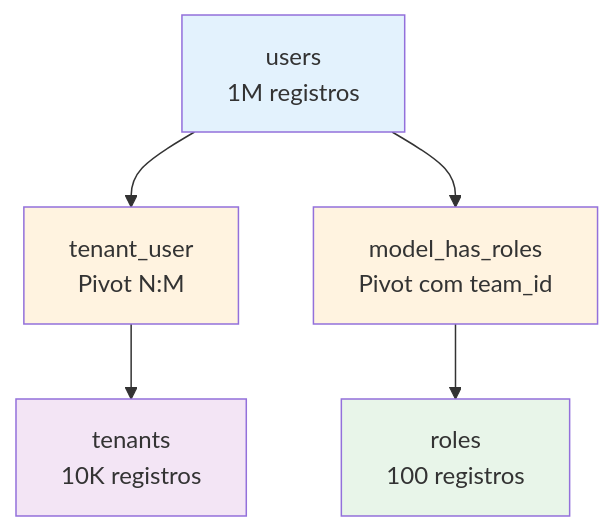
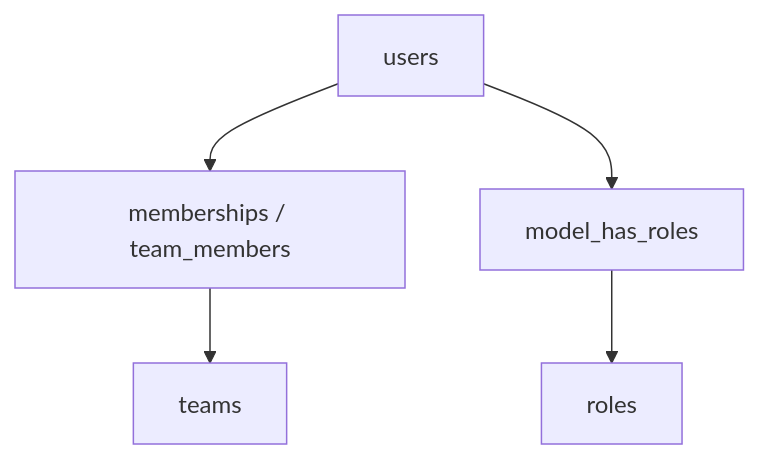
One commit to iurygdeoliveira/labSIS-KIT changed the first of 2 diagrams in docs/04-backend-e-arquitetura/user-model.md. Above: the diagram before and after it, drawn with Mermaid. The commit also changed other lines of this file and 111 other files, not shown here.

````diff
--- a/docs/04-backend-e-arquitetura/user-model.md
+++ b/docs/04-backend-e-arquitetura/user-model.md
@@ -87,13 +86,7 @@
 ```mermaid
 graph TD
-    A[users<br/>1M registros] --> B[tenant_user<br/>Pivot N:M]
-    A --> C[model_has_roles<br/>Pivot com team_id]
-    B --> D[tenants<br/>10K registros]
-    C --> E[roles<br/>100 registros]
-    
-    style A fill:#e3f2fd
-    style B fill:#fff3e0
-    style C fill:#fff3e0
-    style D fill:#f3e5f5
-    style E fill:#e8f5e9
+    A[users] --> B[memberships / team_members]
+    A --> C[model_has_roles]
+    B --> D[teams]
+    C --> E[roles]
 ```
````
